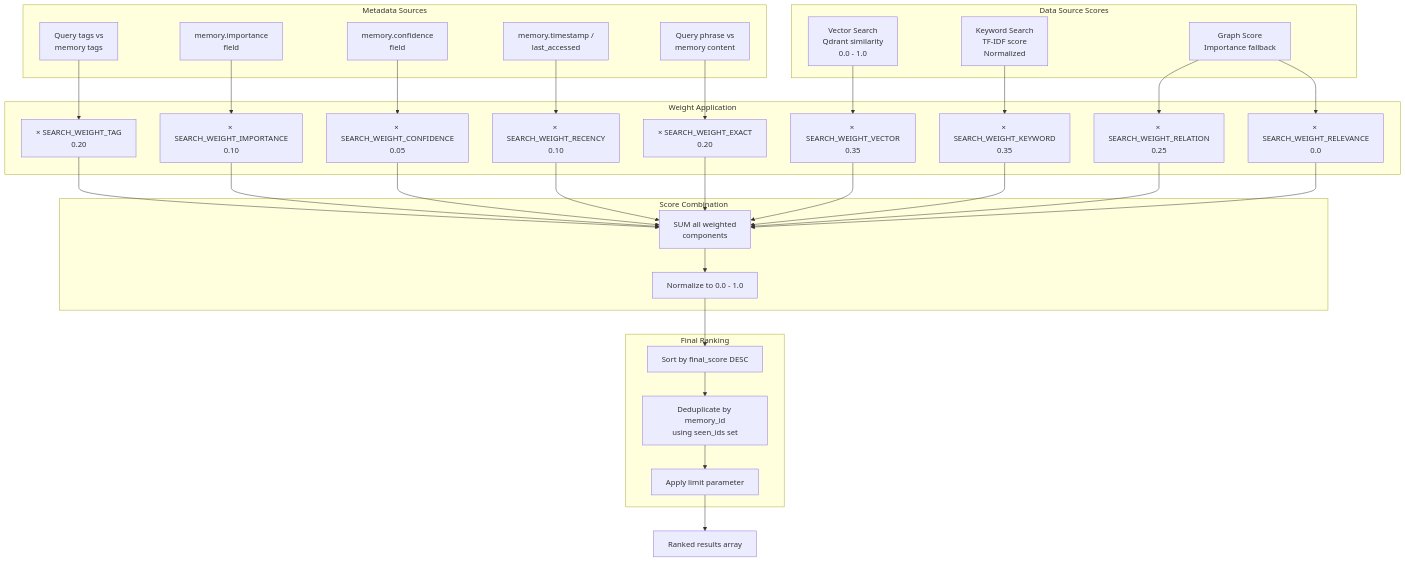
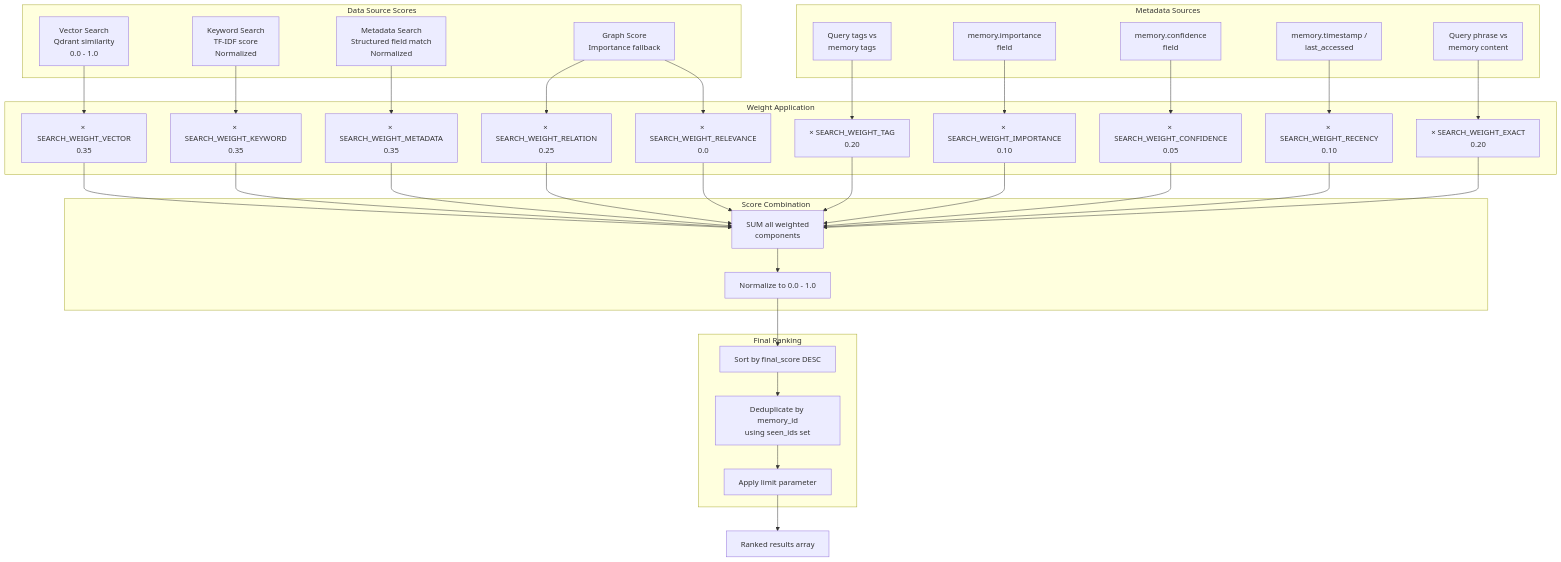
The third of 3 diagrams in src/content/docs/docs/core-concepts/hybrid-search.md (verygoodplugins/automem-website), drawn with Mermaid before and after one commit. The commit also changed other lines of this file, not shown here.

First line of the commit message:
docs: add 10th scoring component (SEARCH_WEIGHT_METADATA) to hybrid-search page

````diff
--- a/src/content/docs/docs/core-concepts/hybrid-search.md
+++ b/src/content/docs/docs/core-concepts/hybrid-search.md
@@ -229,67 +231,71 @@
 ```mermaid
 flowchart TD
     subgraph sources ["Data Source Scores"]
         VS["Vector Search<br/>Qdrant similarity<br/>0.0 - 1.0"]
         KS["Keyword Search<br/>TF-IDF score<br/>Normalized"]
+        MetaSrc["Metadata Search<br/>Structured field match<br/>Normalized"]
         GS["Graph Score<br/>Importance fallback"]
     end
 
     subgraph metadata ["Metadata Sources"]
         TagSrc["Query tags vs<br/>memory tags"]
         ImpSrc["memory.importance<br/>field"]
         ConfSrc["memory.confidence<br/>field"]
         RecSrc["memory.timestamp /<br/>last_accessed"]
         ExSrc["Query phrase vs<br/>memory content"]
     end
 
     subgraph weights ["Weight Application"]
         VW["× SEARCH_WEIGHT_VECTOR<br/>0.35"]
         KW["× SEARCH_WEIGHT_KEYWORD<br/>0.35"]
+        MetaW["× SEARCH_WEIGHT_METADATA<br/>0.35"]
         TagW["× SEARCH_WEIGHT_TAG<br/>0.20"]
         IW["× SEARCH_WEIGHT_IMPORTANCE<br/>0.10"]
         ConfW["× SEARCH_WEIGHT_CONFIDENCE<br/>0.05"]
         RecW["× SEARCH_WEIGHT_RECENCY<br/>0.10"]
         ExW["× SEARCH_WEIGHT_EXACT<br/>0.20"]
         RW["× SEARCH_WEIGHT_RELATION<br/>0.25"]
         CtxW["× SEARCH_WEIGHT_RELEVANCE<br/>0.0"]
     end
 
     subgraph combination ["Score Combination"]
         Sum["SUM all weighted<br/>components"]
         Normalize["Normalize to 0.0 - 1.0"]
     end
 
     subgraph output ["Final Ranking"]
         Sort["Sort by final_score DESC"]
         Dedup["Deduplicate by memory_id<br/>using seen_ids set"]
         Limit["Apply limit parameter"]
     end
 
     Results["Ranked results array"]
 
     VS --> VW
     KS --> KW
+    MetaSrc --> MetaW
     TagSrc --> TagW
     ImpSrc --> IW
     ConfSrc --> ConfW
     RecSrc --> RecW
     ExSrc --> ExW
     GS --> RW
     GS --> CtxW
 
     VW --> Sum
     KW --> Sum
+    MetaW --> Sum
     TagW --> Sum
     IW --> Sum
     ConfW --> Sum
     RecW --> Sum
     ExW --> Sum
     RW --> Sum
     CtxW --> Sum
 
     Sum --> Normalize
     Normalize --> Sort
     Sort --> Dedup
     Dedup --> Limit
     Limit --> Results
 ```
````
